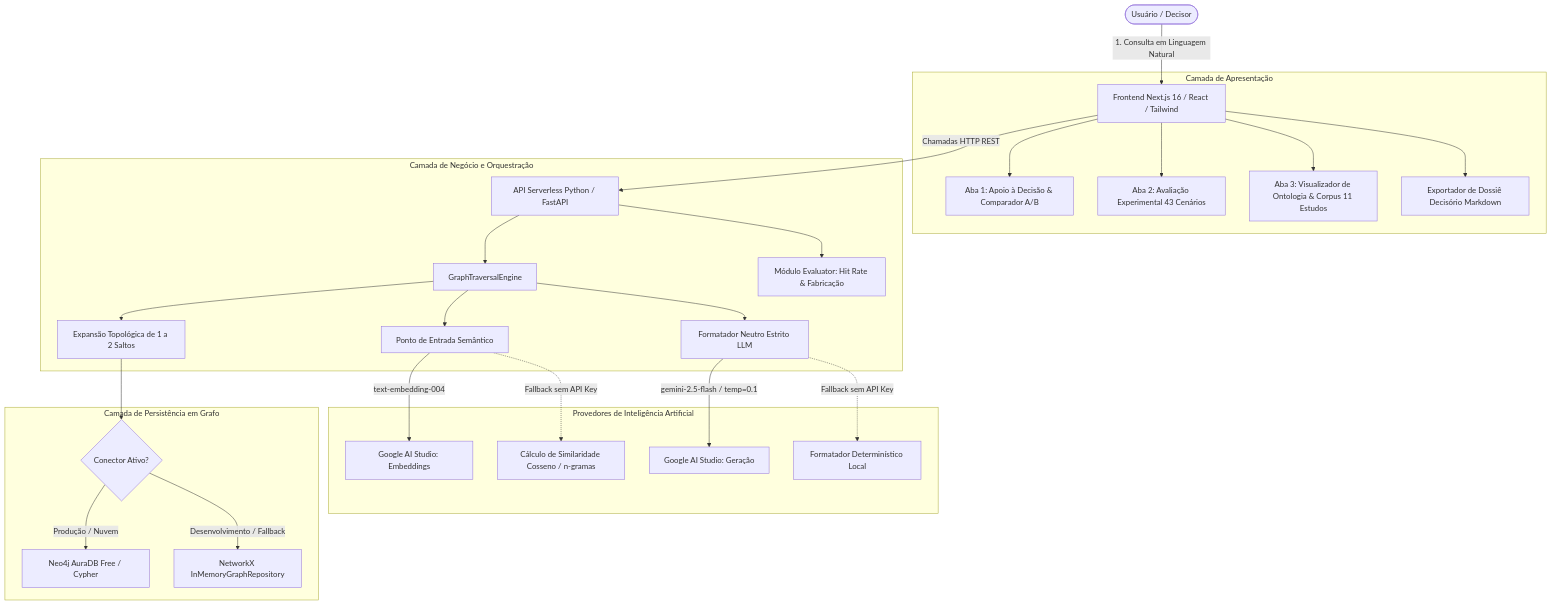
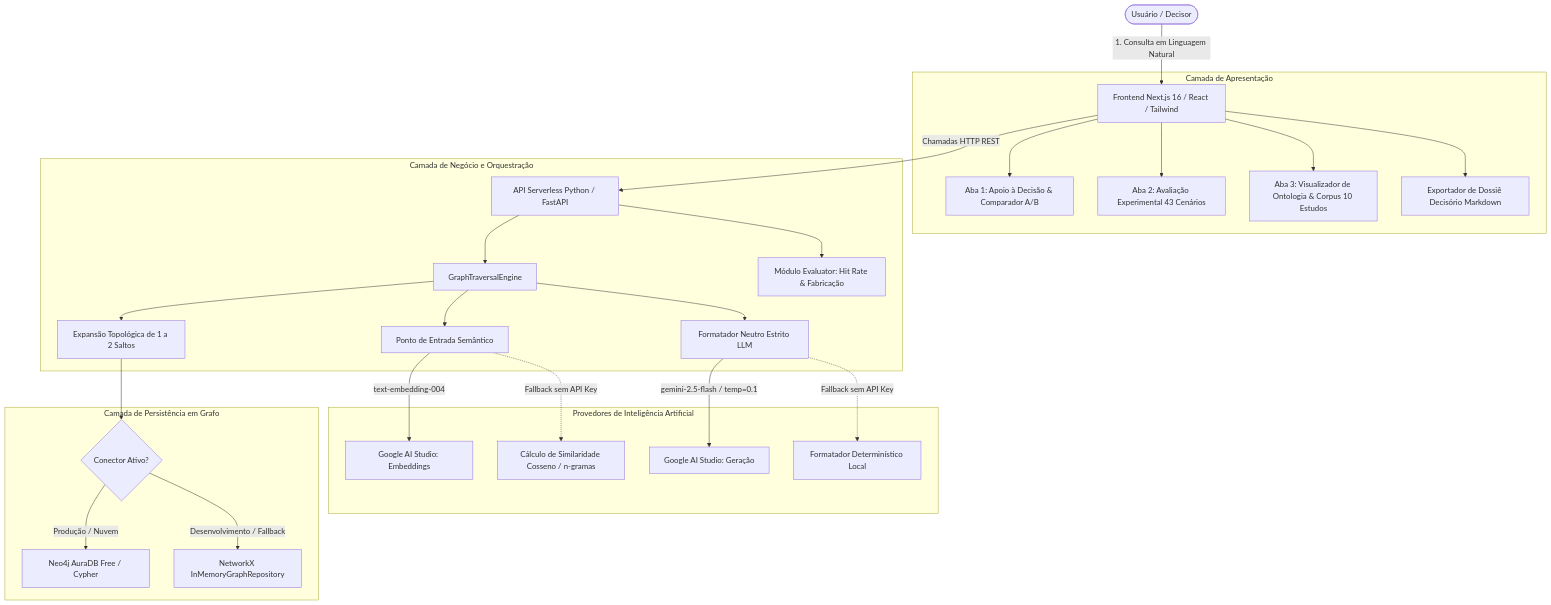
The first of 3 diagrams in docs/01_ARQUITETURA_E_ENGENHARIA.md (caifon/tcc-arqrag-ucsal-2026), drawn with Mermaid before and after one commit. The commit also changed other lines of this file and 21 other files, not shown here.

````diff
--- a/docs/01_ARQUITETURA_E_ENGENHARIA.md
+++ b/docs/01_ARQUITETURA_E_ENGENHARIA.md
@@ -26,34 +26,34 @@
 ```mermaid
 graph TD
     User([Usuário / Decisor]) -->|1. Consulta em Linguagem Natural| Frontend[Frontend Next.js 16 / React / Tailwind]
     
     subgraph Camada de Apresentação
         Frontend --> ViewDecision[Aba 1: Apoio à Decisão & Comparador A/B]
         Frontend --> ViewEval[Aba 2: Avaliação Experimental 43 Cenários]
-        Frontend --> ViewOntology[Aba 3: Visualizador de Ontologia & Corpus 11 Estudos]
+        Frontend --> ViewOntology[Aba 3: Visualizador de Ontologia & Corpus 10 Estudos]
         Frontend --> Dossier[Exportador de Dossiê Decisório Markdown]
     end
 
     Frontend -->|Chamadas HTTP REST| Backend[API Serverless Python / FastAPI]
 
     subgraph Camada de Negócio e Orquestração
         Backend --> Traversal[GraphTraversalEngine]
         Traversal --> EmbeddingPort[Ponto de Entrada Semântico]
         Traversal --> TopoExpansion[Expansão Topológica de 1 a 2 Saltos]
         Traversal --> LLMFormatter[Formatador Neutro Estrito LLM]
         Backend --> Evaluator[Módulo Evaluator: Hit Rate & Fabricação]
     end
 
     subgraph Provedores de Inteligência Artificial
         EmbeddingPort -->|text-embedding-004| GeminiEmb[Google AI Studio: Embeddings]
         EmbeddingPort -.->|Fallback sem API Key| LocalCos[Cálculo de Similaridade Cosseno / n-gramas]
         LLMFormatter -->|gemini-2.5-flash / temp=0.1| GeminiGen[Google AI Studio: Geração]
         LLMFormatter -.->|Fallback sem API Key| DetFormatter[Formatador Determinístico Local]
     end
 
     subgraph Camada de Persistência em Grafo
         TopoExpansion --> RepoRouter{Conector Ativo?}
         RepoRouter -->|Produção / Nuvem| Neo4j[Neo4j AuraDB Free / Cypher]
         RepoRouter -->|Desenvolvimento / Fallback| MemoryGraph[NetworkX InMemoryGraphRepository]
     end
 ```
````
